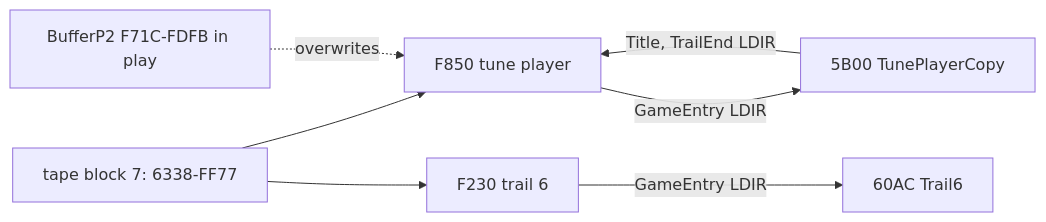
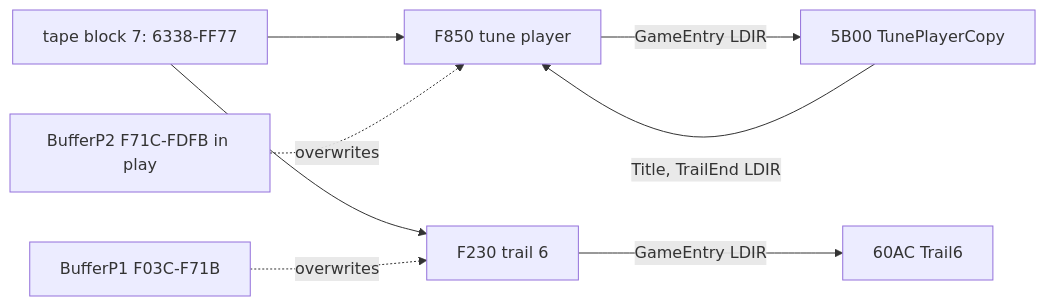
One commit to alfishe/unrealng-reverse-cases changed the second of 6 diagrams in games/atv-simulator/docs/02-architecture.md. Above: the diagram before and after it, drawn with Mermaid. The commit also changed other lines of this file and 32 other files, not shown here.

````diff
--- a/games/atv-simulator/docs/02-architecture.md
+++ b/games/atv-simulator/docs/02-architecture.md
@@ -144,9 +144,10 @@
 ```mermaid
 flowchart LR
     A["tape block 7: 6338-FF77"] --> B["F850 tune player"]
     A --> C["F230 trail 6"]
     B -- "GameEntry LDIR" --> D["5B00 TunePlayerCopy"]
     C -- "GameEntry LDIR" --> E["60AC Trail6"]
     D -- "Title, TrailEnd LDIR" --> B
     F["BufferP2 F71C-FDFB in play"] -. "overwrites" .-> B
+    G["BufferP1 F03C-F71B"] -. "overwrites" .-> C
 ```
````
